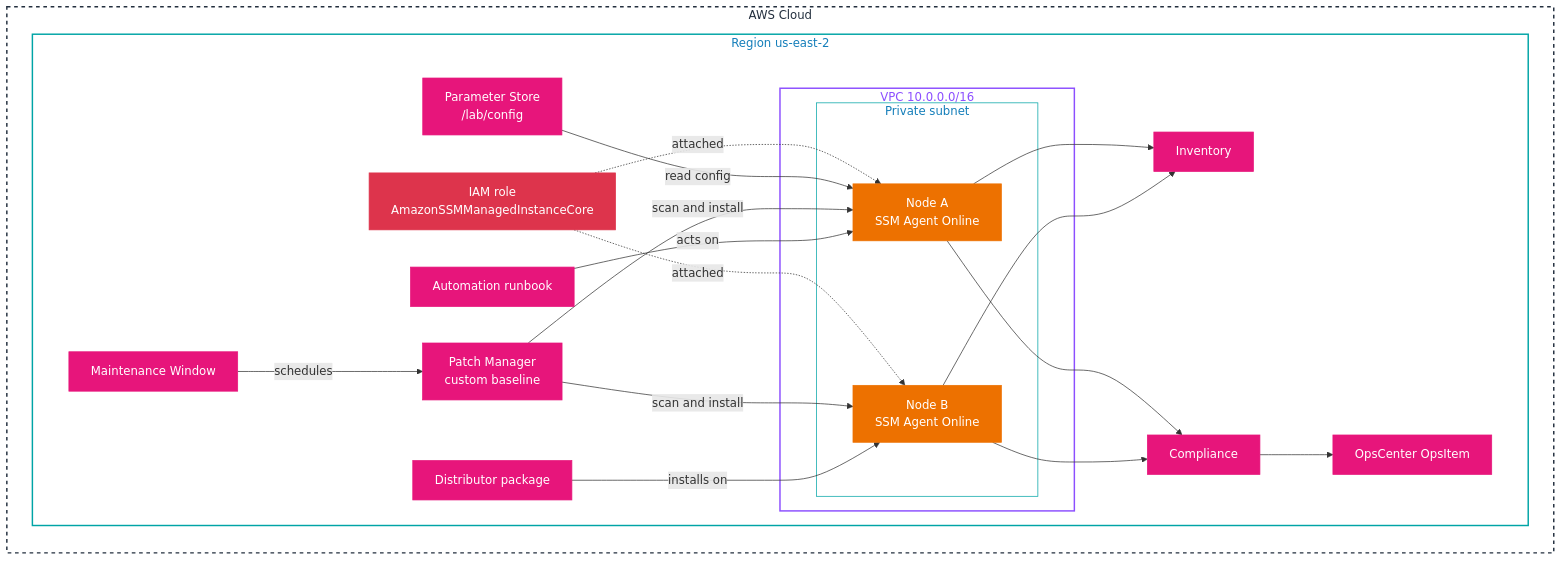
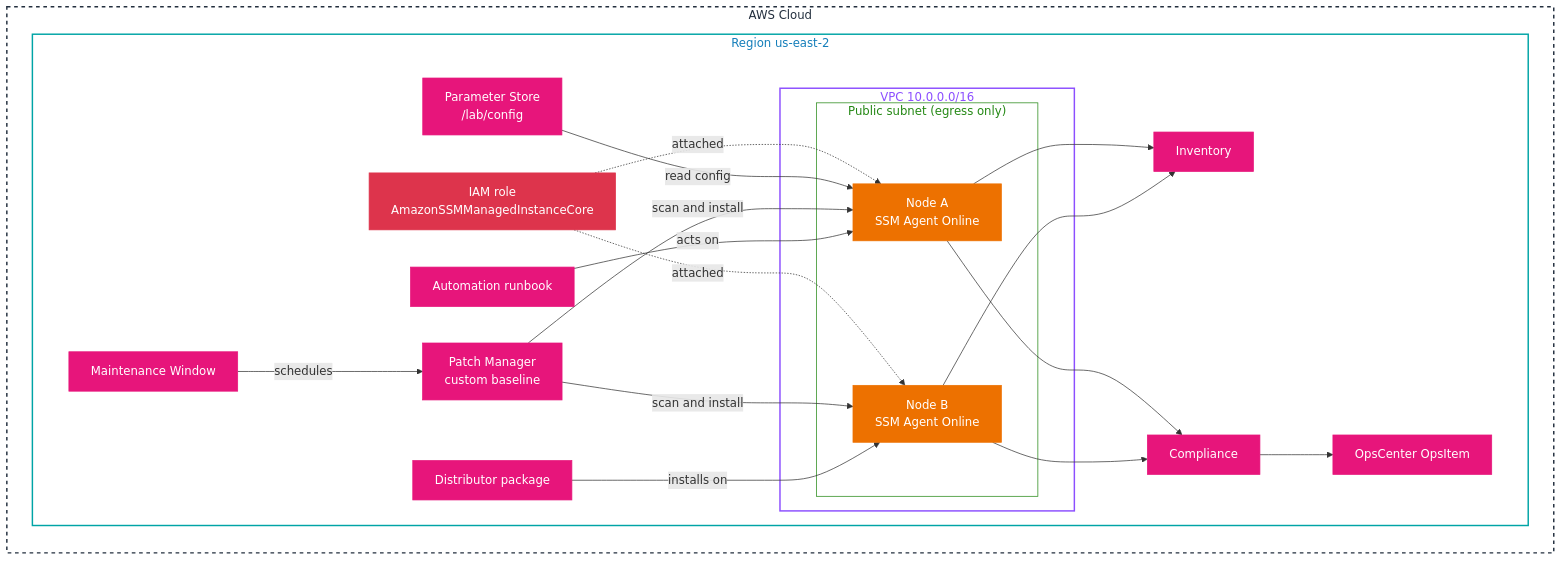
Before and after one commit to GabrielAlmeidaFlores/AWS-CloudOps-Engineer-Associate-Doc: the first of 3 diagrams in 02-services/10-management-governance/15-systems-manager/19-hands-on-project.md, drawn with Mermaid. The commit also changed other lines of this file and 11 other files, not shown here.

````diff
--- a/02-services/10-management-governance/15-systems-manager/19-hands-on-project.md
+++ b/02-services/10-management-governance/15-systems-manager/19-hands-on-project.md
@@ -13,43 +13,43 @@
 ```mermaid
 flowchart LR
     subgraph CLOUD["AWS Cloud"]
       direction TB
       subgraph REGION["Region us-east-2"]
         subgraph VPC["VPC 10.0.0.0/16"]
-          subgraph PRIV["Private subnet"]
+          subgraph PUB["Public subnet (egress only)"]
             N1["Node A<br/>SSM Agent Online"]:::compute
             N2["Node B<br/>SSM Agent Online"]:::compute
           end
         end
         ROLE["IAM role<br/>AmazonSSMManagedInstanceCore"]:::security
         PS["Parameter Store<br/>/lab/config"]:::mgmt
         INV["Inventory"]:::mgmt
         PM["Patch Manager<br/>custom baseline"]:::mgmt
         MW["Maintenance Window"]:::mgmt
         AUTO["Automation runbook"]:::mgmt
         DIST["Distributor package"]:::mgmt
         OC["OpsCenter OpsItem"]:::mgmt
         COMP["Compliance"]:::mgmt
       end
     end
     ROLE -.->|"attached"| N1
     ROLE -.->|"attached"| N2
     PS -->|"read config"| N1
     N1 --> INV
     N2 --> INV
     PM -->|"scan and install"| N1
     PM -->|"scan and install"| N2
     MW -->|"schedules"| PM
     AUTO -->|"acts on"| N1
     DIST -->|"installs on"| N2
     N1 --> COMP
     N2 --> COMP
     COMP --> OC
     classDef compute fill:#ED7100,stroke:#ED7100,color:#ffffff
     classDef mgmt fill:#E7157B,stroke:#E7157B,color:#ffffff
     classDef security fill:#DD344C,stroke:#DD344C,color:#ffffff
     style CLOUD fill:#ffffff,stroke:#232F3E,stroke-width:2px,stroke-dasharray:5 5,color:#232F3E
     style REGION fill:#ffffff,stroke:#00A4A6,stroke-width:2px,color:#147EBA
     style VPC fill:#ffffff,stroke:#8C4FFF,stroke-width:2px,color:#8C4FFF
-    style PRIV fill:#ffffff,stroke:#00A4A6,color:#147EBA
+    style PUB fill:#ffffff,stroke:#248814,color:#248814
 ```
````
